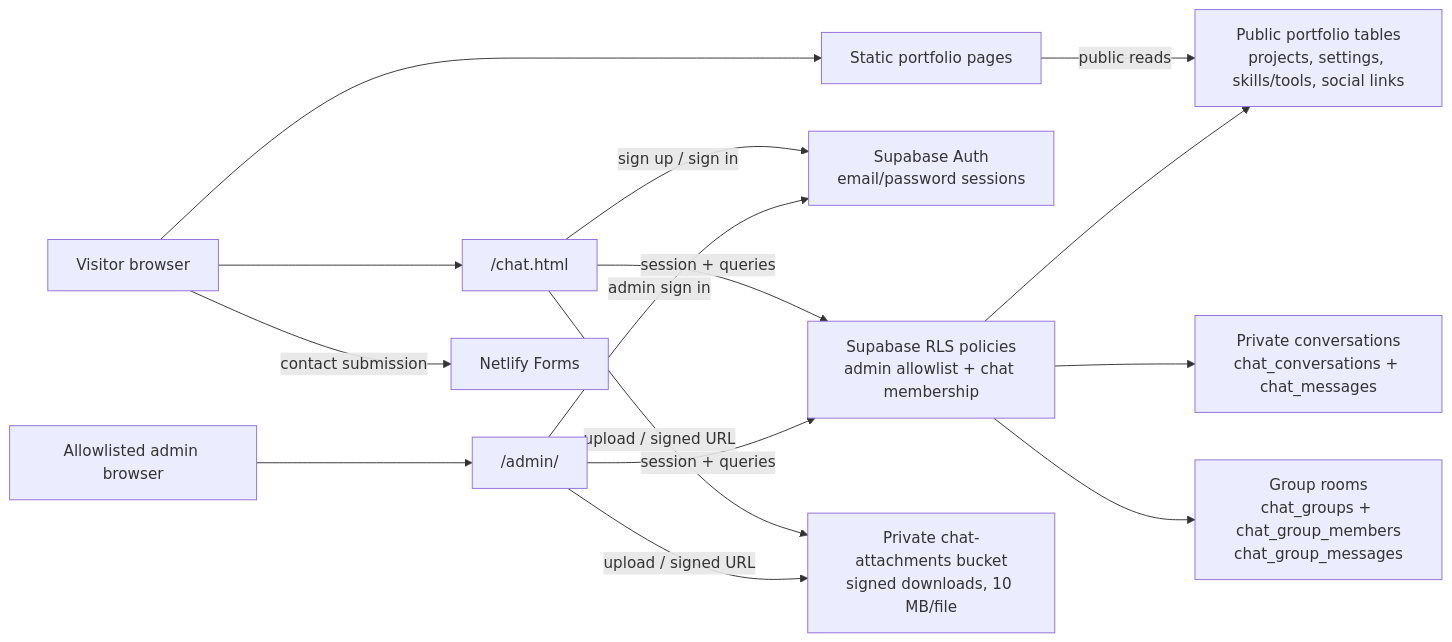
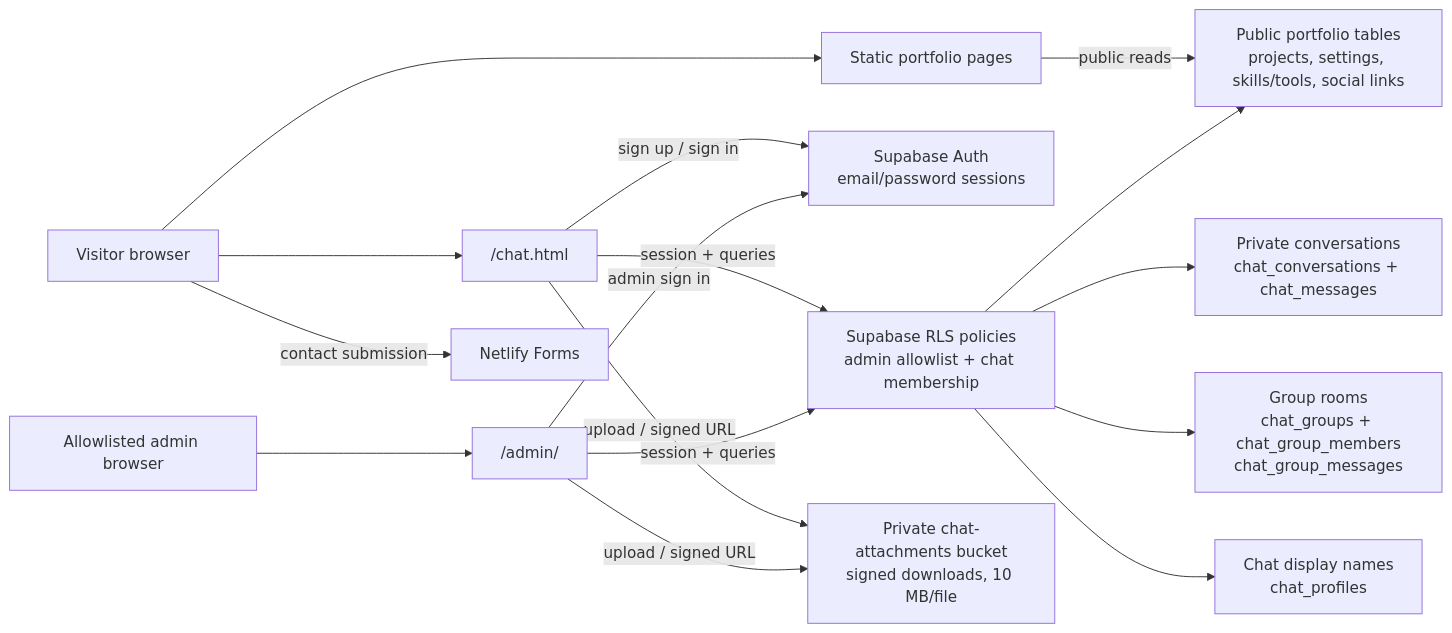
One commit to JManishkanna/MEPHISTO-BACK-SPELL changed the diagram in README.md. Above: the diagram before and after it, drawn with Mermaid. The commit also changed other lines of this file and 6 other files, not shown here.

````diff
--- a/README.md
+++ b/README.md
@@ -44,30 +46,32 @@
 ```mermaid
 flowchart LR
   Visitor["Visitor browser"]
   Admin["Allowlisted admin browser"]
   Pages["Static portfolio pages"]
   ChatUI["/chat.html"]
   AdminUI["/admin/"]
   Auth["Supabase Auth<br/>email/password sessions"]
   RLS["Supabase RLS policies<br/>admin allowlist + chat membership"]
   Portfolio["Public portfolio tables<br/>projects, settings, skills/tools, social links"]
   DMs["Private conversations<br/>chat_conversations + chat_messages"]
   Groups["Group rooms<br/>chat_groups + chat_group_members<br/>chat_group_messages"]
+  Profiles["Chat display names<br/>chat_profiles"]
   Storage["Private chat-attachments bucket<br/>signed downloads, 10 MB/file"]
   Netlify["Netlify Forms"]
 
   Visitor --> Pages
   Visitor --> ChatUI
   Admin --> AdminUI
   ChatUI -->|"sign up / sign in"| Auth
   AdminUI -->|"admin sign in"| Auth
   Pages -->|"public reads"| Portfolio
   ChatUI -->|"session + queries"| RLS
   AdminUI -->|"session + queries"| RLS
   RLS --> Portfolio
   RLS --> DMs
   RLS --> Groups
+  RLS --> Profiles
   ChatUI -->|"upload / signed URL"| Storage
   AdminUI -->|"upload / signed URL"| Storage
   Visitor -->|"contact submission"| Netlify
 ```
````
